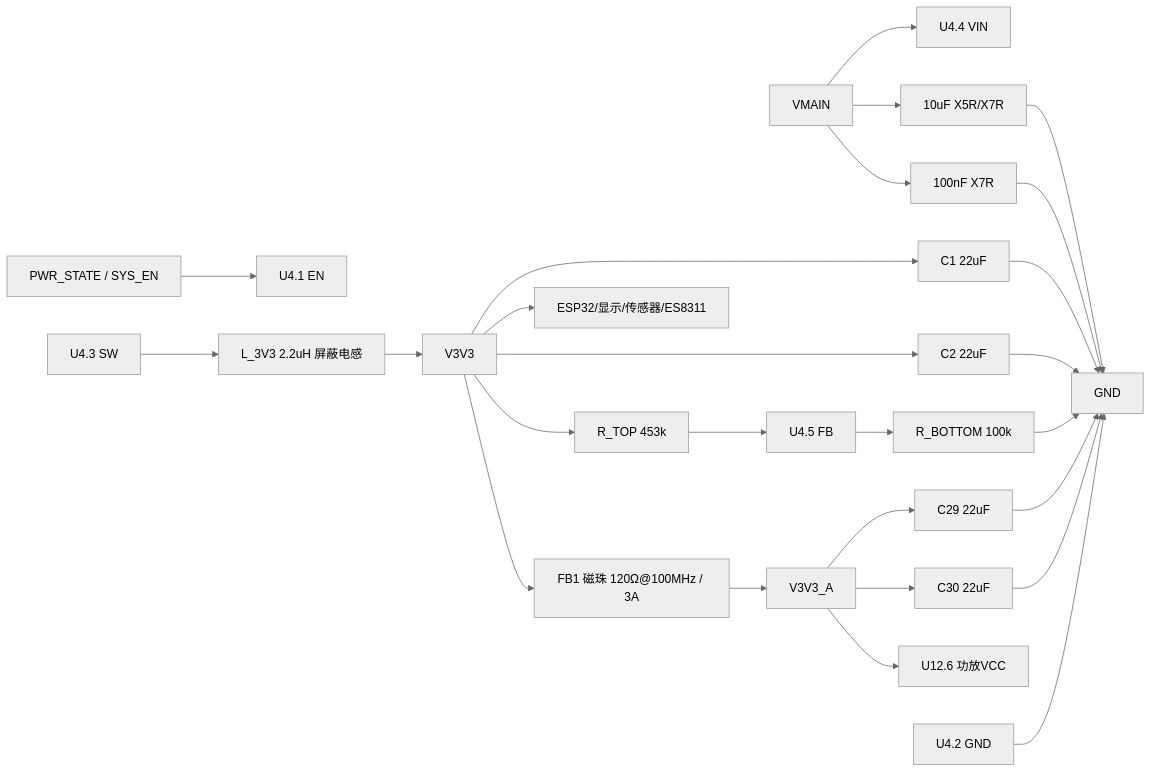
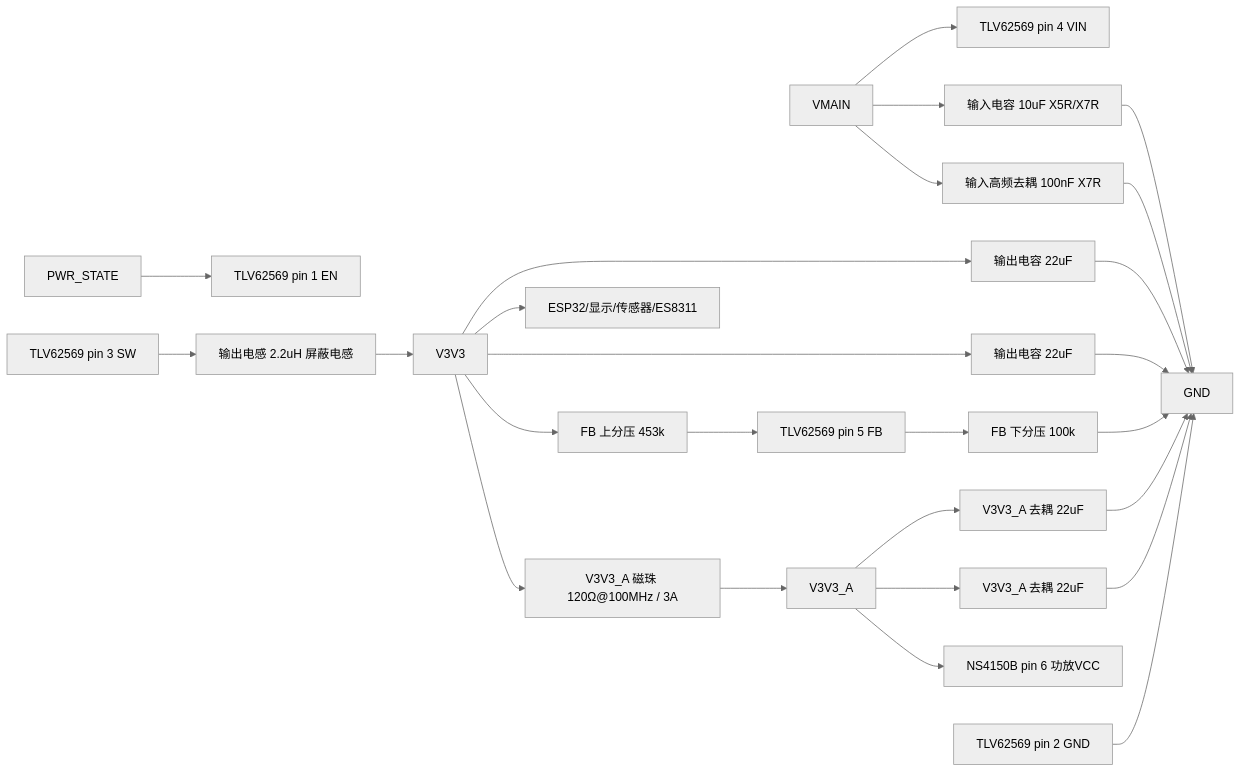
The diagram in docs/hardware/外围电路设计/TLV62569DBVR外围电路设计与接线.md (zhanghongchen1213/Electronic_Wooden_Fish), drawn with Mermaid (neutral theme) before and after one commit. The commit also changed other lines of this file and 28 other files, not shown here.

````diff
--- a/docs/hardware/外围电路设计/TLV62569DBVR外围电路设计与接线.md
+++ b/docs/hardware/外围电路设计/TLV62569DBVR外围电路设计与接线.md
@@ -47,28 +47,28 @@
 ```mermaid
 flowchart LR
-  VM[VMAIN] --> VIN[U4.4 VIN]
-  VM --> CIN1[10uF X5R/X7R]
-  VM --> CIN2[100nF X7R]
+  VM[VMAIN] --> VIN[TLV62569 pin 4 VIN]
+  VM --> CIN1[输入电容 10uF X5R/X7R]
+  VM --> CIN2[输入高频去耦 100nF X7R]
   CIN1 --> GND[GND]
   CIN2 --> GND
-  ENNET[PWR_STATE / SYS_EN] --> EN[U4.1 EN]
-  SW[U4.3 SW] --> L[L_3V3 2.2uH 屏蔽电感]
+  ENNET[PWR_STATE] --> EN[TLV62569 pin 1 EN]
+  SW[TLV62569 pin 3 SW] --> L[输出电感 2.2uH 屏蔽电感]
   L --> V3[V3V3]
-  V3 --> COUT1[C1 22uF]
-  V3 --> COUT2[C2 22uF]
+  V3 --> COUT1[输出电容 22uF]
+  V3 --> COUT2[输出电容 22uF]
   COUT1 --> GND
   COUT2 --> GND
-  V3 --> RTOP[R_TOP 453k]
-  RTOP --> FB[U4.5 FB]
-  FB --> RBOT[R_BOTTOM 100k]
+  V3 --> RTOP[FB 上分压 453k]
+  RTOP --> FB[TLV62569 pin 5 FB]
+  FB --> RBOT[FB 下分压 100k]
   RBOT --> GND
   V3 --> LOAD[ESP32/显示/传感器/ES8311]
-  V3 --> FB1[FB1 磁珠 120Ω@100MHz / 3A]
-  FB1 --> VA[V3V3_A]
-  VA --> CA1[C29 22uF]
-  VA --> CA2[C30 22uF]
+  V3 --> BEAD[V3V3_A 磁珠 120Ω@100MHz / 3A]
+  BEAD --> VA[V3V3_A]
+  VA --> CA1[V3V3_A 去耦 22uF]
+  VA --> CA2[V3V3_A 去耦 22uF]
   CA1 --> GND
   CA2 --> GND
-  VA --> PA[U12.6 功放VCC]
-  U4G[U4.2 GND] --> GND
+  VA --> PA[NS4150B pin 6 功放VCC]
+  BUCKGND[TLV62569 pin 2 GND] --> GND
 ```
````
